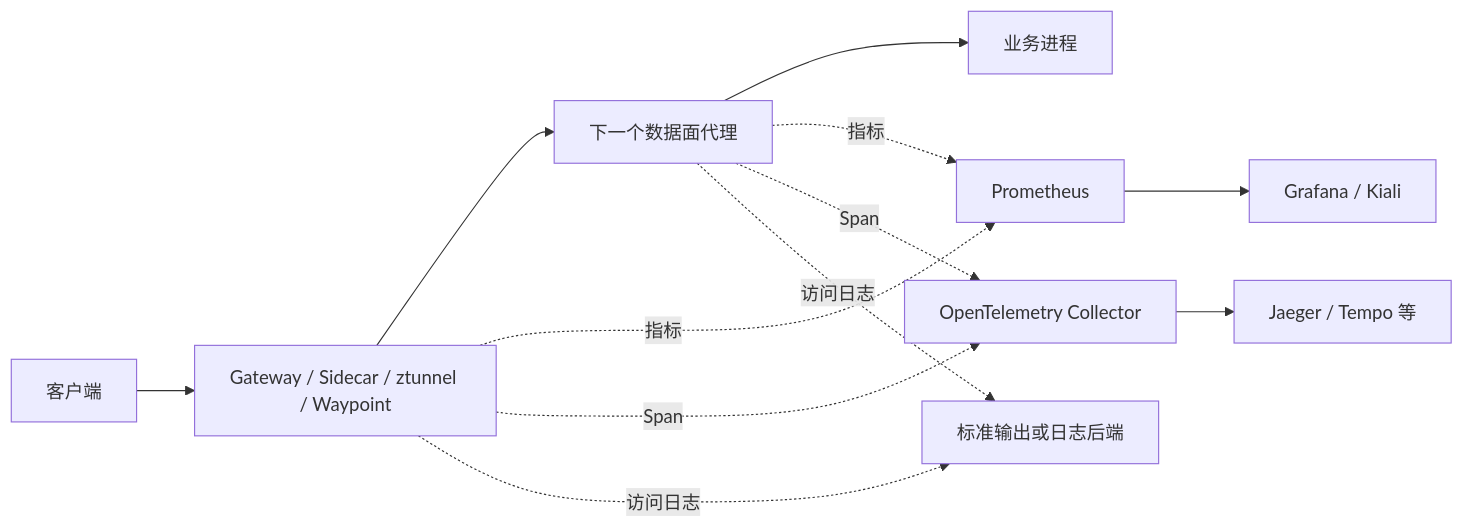
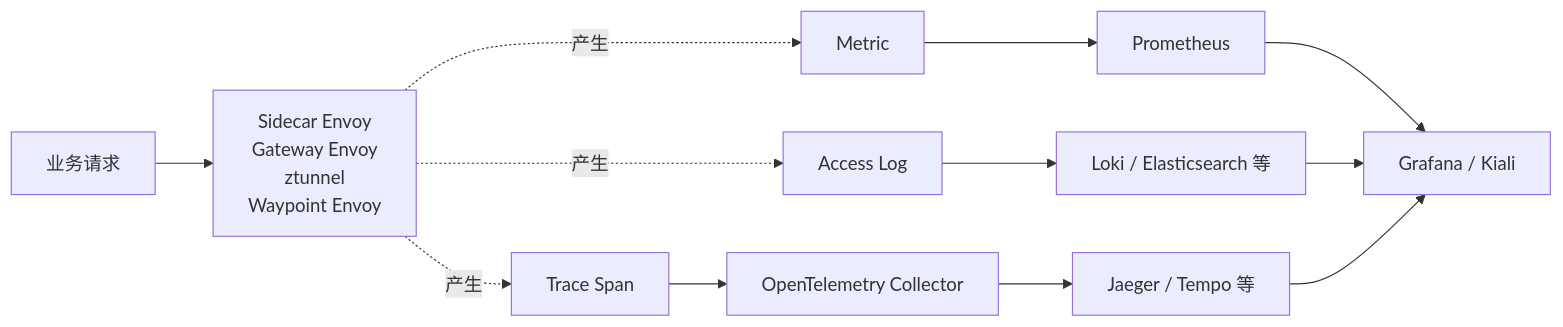
One commit to hotttao/backup changed the first of 6 diagrams in posts/microservices/gateway/015_istio_trace.md. Above: the diagram before and after it, drawn with Mermaid. The commit also changed other lines of this file and 1 other file, not shown here.

Commit message:
istio 安全和 trace

````diff
--- a/posts/microservices/gateway/015_istio_trace.md
+++ b/posts/microservices/gateway/015_istio_trace.md
@@ -45,16 +74,24 @@
 ```mermaid
 flowchart LR
-    Client[客户端] --> P1[Gateway / Sidecar / ztunnel / Waypoint]
-    P1 --> P2[下一个数据面代理]
-    P2 --> App[业务进程]
+    Req[业务请求]
+    Proxy[Sidecar Envoy<br/>Gateway Envoy<br/>ztunnel<br/>Waypoint Envoy]
+    Metric[Metric]
+    Log[Access Log]
+    Span[Trace Span]
+    Prom[Prometheus]
+    Logs[Loki / Elasticsearch 等]
+    OTel[OpenTelemetry Collector]
+    Trace[Jaeger / Tempo 等]
+    View[Grafana / Kiali]
 
-    P1 -. 指标 .-> Prometheus
-    P2 -. 指标 .-> Prometheus
-    P1 -. Span .-> Collector[OpenTelemetry Collector]
-    P2 -. Span .-> Collector
-    P1 -. 访问日志 .-> Log[标准输出或日志后端]
-    P2 -. 访问日志 .-> Log
-
-    Prometheus --> Grafana[Grafana / Kiali]
-    Collector --> TraceBackend[Jaeger / Tempo 等]
+    Req --> Proxy
+    Proxy -.产生.-> Metric
+    Proxy -.产生.-> Log
+    Proxy -.产生.-> Span
+    Metric --> Prom
+    Log --> Logs
+    Span --> OTel --> Trace
+    Prom --> View
+    Logs --> View
+    Trace --> View
 ```
````
